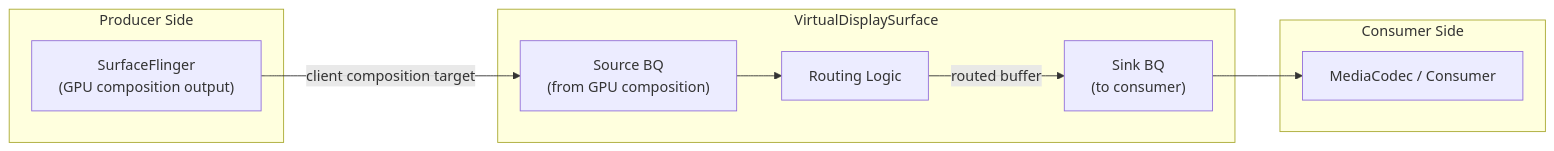
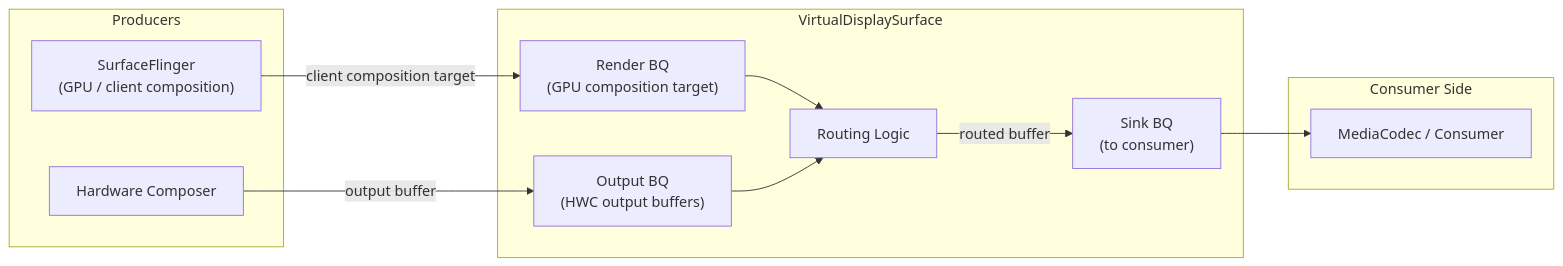
Diagram 29 of 43 in agents/claude/skills/aosp-framework-core/24-display-system.md (aospbooks/aosp-internal-book), drawn with Mermaid before and after one commit. The commit also changed other lines of this file and 218 other files, not shown here.

````diff
--- a/agents/claude/skills/aosp-framework-core/24-display-system.md
+++ b/agents/claude/skills/aosp-framework-core/24-display-system.md
@@ -2316,21 +2344,25 @@
 ```mermaid
 graph LR
-    subgraph "Producer Side"
-        SF5["SurfaceFlinger<br/>(GPU composition output)"]
+    subgraph "Producers"
+        SF5["SurfaceFlinger<br/>(GPU / client composition)"]
+        HWC5["Hardware Composer"]
     end
 
     subgraph "VirtualDisplaySurface"
-        SBQ["Source BQ<br/>(from GPU composition)"]
+        RBQ["Render BQ<br/>(GPU composition target)"]
+        OBQ["Output BQ<br/>(HWC output buffers)"]
+        VDS["Routing Logic"]
         SINK["Sink BQ<br/>(to consumer)"]
-        VDS["Routing Logic"]
     end
 
     subgraph "Consumer Side"
         ENC["MediaCodec / Consumer"]
     end
 
-    SF5 -->|"client composition target"| SBQ
-    SBQ --> VDS
+    SF5 -->|"client composition target"| RBQ
+    HWC5 -->|"output buffer"| OBQ
+    RBQ --> VDS
+    OBQ --> VDS
     VDS -->|"routed buffer"| SINK
     SINK --> ENC
 ```
````
